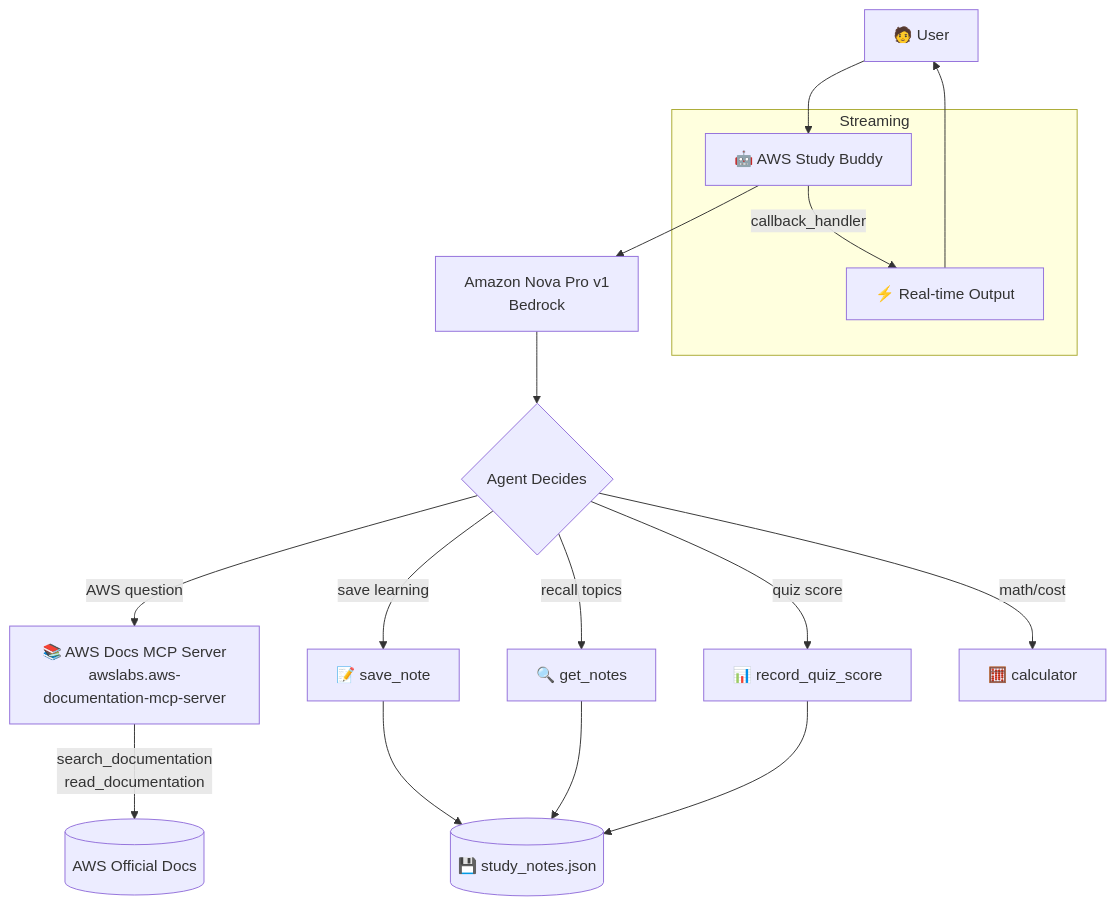
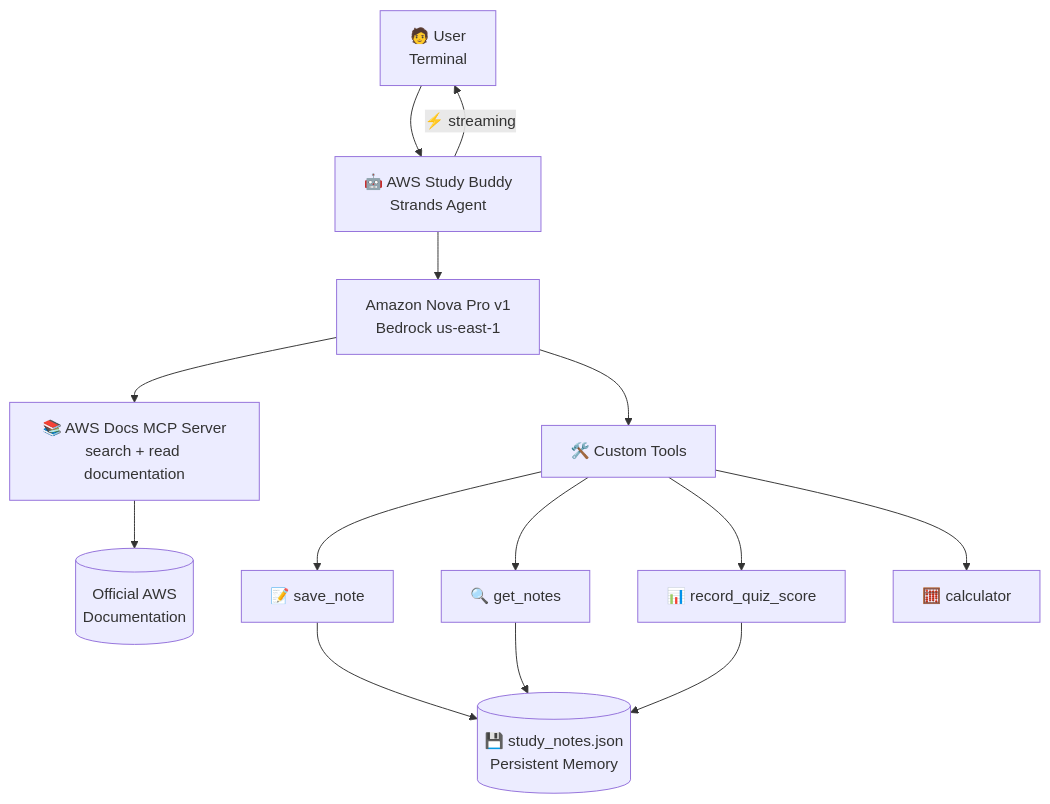
One commit to dineshrajdhanapathyDD/Building-AI-Agents-from-Zero-to-Hero changed the first of 2 diagrams in challenge-5-mcp-agent/README.md. Above: the diagram before and after it, drawn with Mermaid. The commit also changed other lines of this file, not shown here.

````diff
--- a/challenge-5-mcp-agent/README.md
+++ b/challenge-5-mcp-agent/README.md
@@ -20,24 +106,21 @@
 ```mermaid
 graph TD
-    User[🧑 User] --> Agent[🤖 AWS Study Buddy]
-    Agent --> Model[Amazon Nova Pro v1<br/>Bedrock]
+    User[🧑 User<br/>Terminal] --> Agent[🤖 AWS Study Buddy<br/>Strands Agent]
+    Agent --> Model[Amazon Nova Pro v1<br/>Bedrock us-east-1]
     
-    Model --> Decision{Agent Decides}
+    Model --> MCP[📚 AWS Docs MCP Server<br/>search + read documentation]
+    Model --> Tools[🛠️ Custom Tools]
     
-    Decision --> |AWS question| MCP[📚 AWS Docs MCP Server<br/>awslabs.aws-documentation-mcp-server]
-    Decision --> |save learning| SaveNote[📝 save_note]
-    Decision --> |recall topics| GetNotes[🔍 get_notes]
-    Decision --> |quiz score| QuizScore[📊 record_quiz_score]
-    Decision --> |math/cost| Calc[🧮 calculator]
+    MCP --> Docs[(Official AWS<br/>Documentation)]
     
-    MCP --> |search_documentation<br/>read_documentation| Docs[(AWS Official Docs)]
-    SaveNote --> Storage[(💾 study_notes.json)]
+    Tools --> SaveNote[📝 save_note]
+    Tools --> GetNotes[🔍 get_notes]
+    Tools --> Quiz[📊 record_quiz_score]
+    Tools --> Calc[🧮 calculator]
+    
+    SaveNote --> Storage[(💾 study_notes.json<br/>Persistent Memory)]
     GetNotes --> Storage
-    QuizScore --> Storage
+    Quiz --> Storage
     
-    subgraph Streaming
-        Agent --> |callback_handler| Stream[⚡ Real-time Output]
-    end
-    
-    Stream --> User
+    Agent --> |⚡ streaming| User
 ```
````
